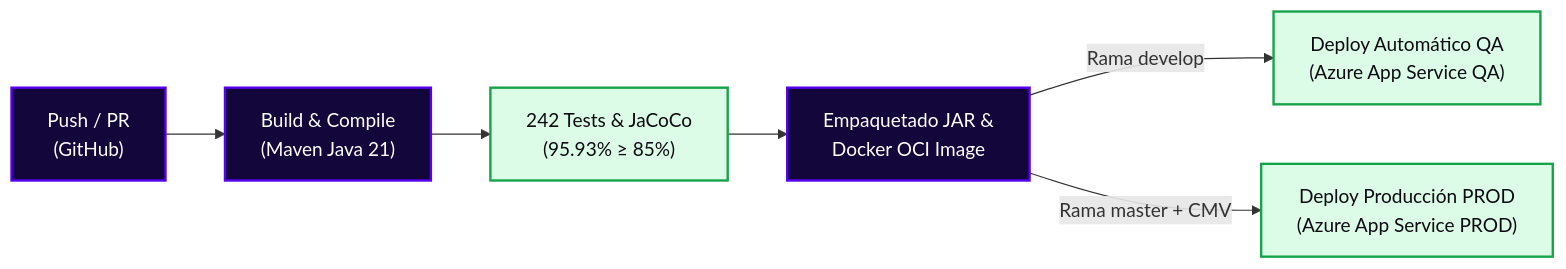
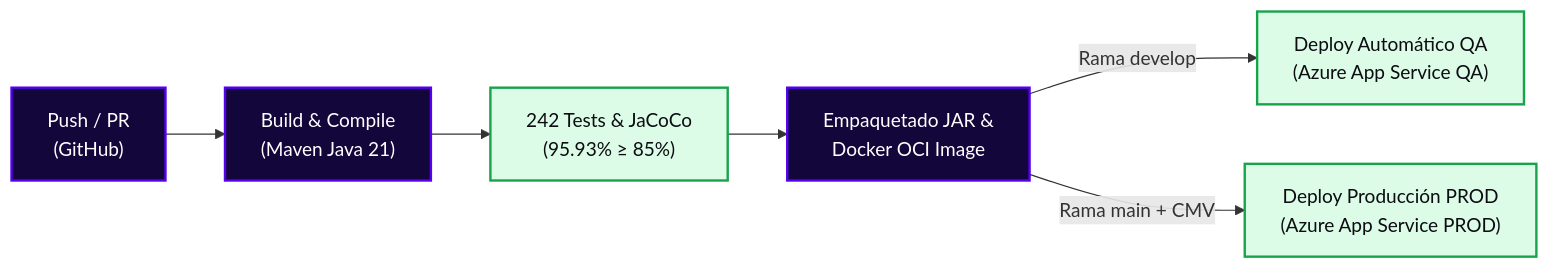
One commit to StyleRadar1/PT8080-Donations-Service changed the diagram in README.md. Above: the diagram before and after it, drawn with Mermaid.

Commit message:
docs(readme): actualizar README

````diff
--- a/README.md
+++ b/README.md
@@ -498,14 +498,14 @@
 ```mermaid
 flowchart LR
     A["Push / PR<br>(GitHub)"] --> B["Build & Compile<br>(Maven Java 21)"]
     B --> C["242 Tests & JaCoCo<br>(95.93% ≥ 85%)"]
     C --> D["Empaquetado JAR &<br>Docker OCI Image"]
     D -->|Rama develop| E["Deploy Automático QA<br>(Azure App Service QA)"]
-    D -->|Rama master + CMV| F["Deploy Producción PROD<br>(Azure App Service PROD)"]
+    D -->|Rama main + CMV| F["Deploy Producción PROD<br>(Azure App Service PROD)"]
 
     classDef step fill:#12063A,stroke:#5600EF,stroke-width:2px,color:#FFFFFF;
     classDef pass fill:#DCFCE7,stroke:#16A34A,stroke-width:2px,color:#0C0C12;
 
     class A,B,D step;
     class C,E,F pass;
 ```
````
